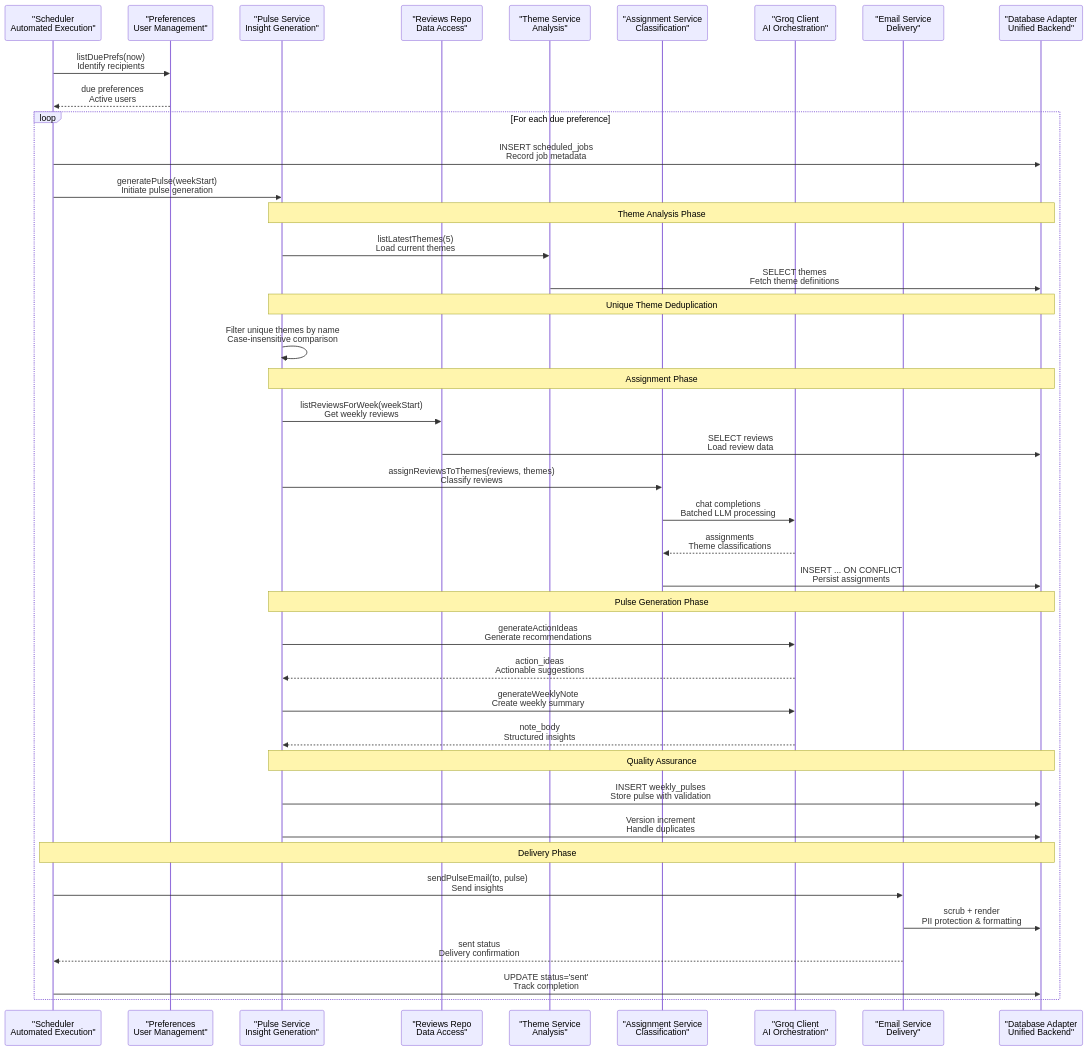
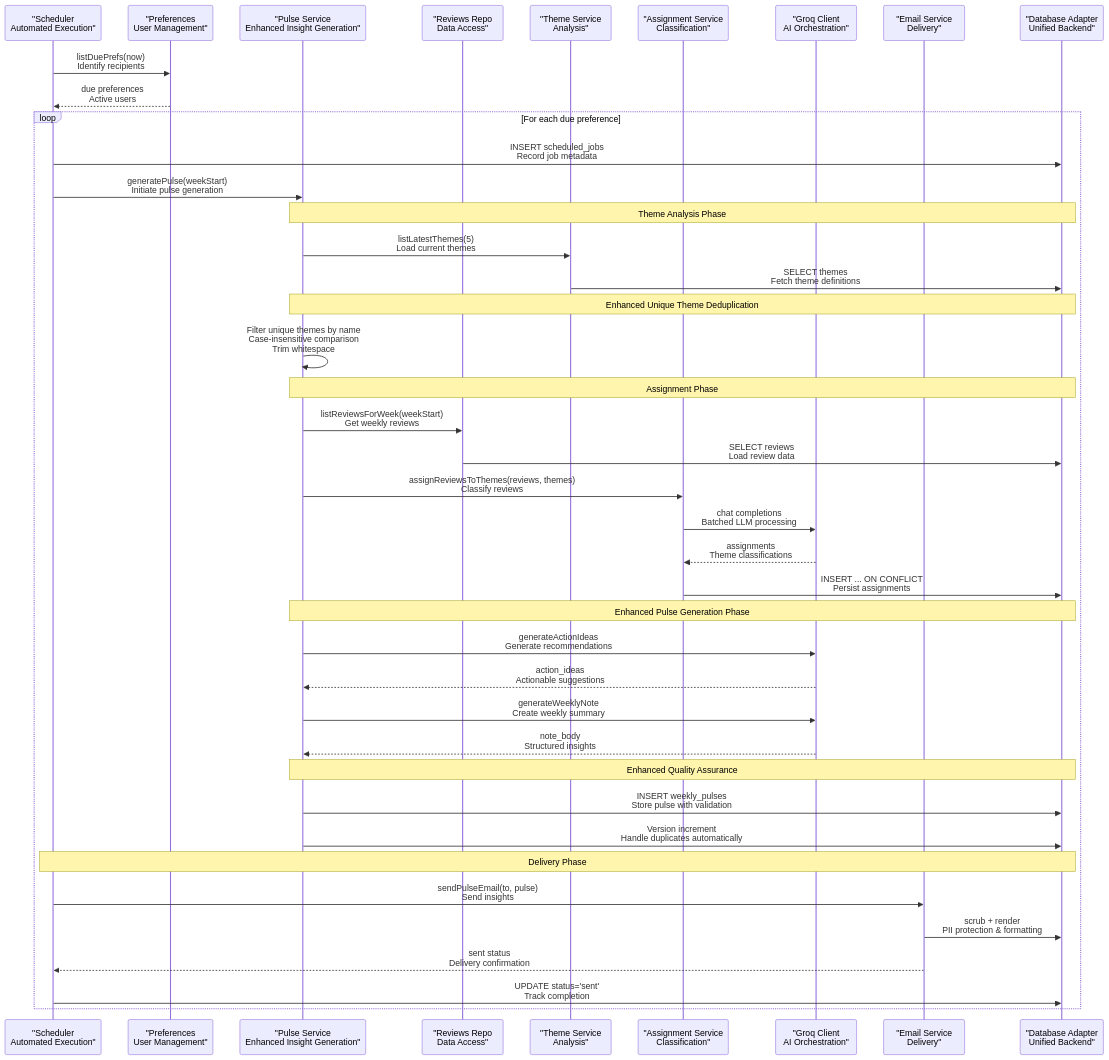
The second of 13 diagrams in .qoder/repowiki/en/content/Phase 2_ Advanced Analytics & Automation/Weekly Pulse Generation.md (aravinthraj-ramalingam/Groww-App-Review-Insights-Analyzer-), drawn with Mermaid before and after one commit. The commit also changed other lines of this file and 4 other files, not shown here.

Commit message:
Improve theme generation with distinct categories and semantic deduplication

````diff
--- a/.qoder/repowiki/en/content/Phase 2_ Advanced Analytics & Automation/Weekly Pulse Generation.md
+++ b/.qoder/repowiki/en/content/Phase 2_ Advanced Analytics & Automation/Weekly Pulse Generation.md
@@ -177,43 +178,43 @@
 ```mermaid
 sequenceDiagram
 participant Cron as "Scheduler<br/>Automated Execution"
 participant Pref as "Preferences<br/>User Management"
-participant Gen as "Pulse Service<br/>Insight Generation"
+participant Gen as "Pulse Service<br/>Enhanced Insight Generation"
 participant Repo as "Reviews Repo<br/>Data Access"
 participant Theme as "Theme Service<br/>Analysis"
 participant Assign as "Assignment Service<br/>Classification"
 participant LLM as "Groq Client<br/>AI Orchestration"
 participant Mail as "Email Service<br/>Delivery"
 participant DB as "Database Adapter<br/>Unified Backend"
 Cron->>Pref : listDuePrefs(now)<br/>Identify recipients
 Pref-->>Cron : due preferences<br/>Active users
 loop For each due preference
 Cron->>DB : INSERT scheduled_jobs<br/>Record job metadata
 Cron->>Gen : generatePulse(weekStart)<br/>Initiate pulse generation
 Note over Gen,DB : Theme Analysis Phase
 Gen->>Theme : listLatestThemes(5)<br/>Load current themes
 Theme->>DB : SELECT themes<br/>Fetch theme definitions
-Note over Gen,DB : Unique Theme Deduplication
-Gen->>Gen : Filter unique themes by name<br/>Case-insensitive comparison
+Note over Gen,DB : Enhanced Unique Theme Deduplication
+Gen->>Gen : Filter unique themes by name<br/>Case-insensitive comparison<br/>Trim whitespace
 Note over Gen,DB : Assignment Phase
 Gen->>Repo : listReviewsForWeek(weekStart)<br/>Get weekly reviews
 Repo->>DB : SELECT reviews<br/>Load review data
 Gen->>Assign : assignReviewsToThemes(reviews, themes)<br/>Classify reviews
 Assign->>LLM : chat completions<br/>Batched LLM processing
 LLM-->>Assign : assignments<br/>Theme classifications
 Assign->>DB : INSERT ... ON CONFLICT<br/>Persist assignments
-Note over Gen,DB : Pulse Generation Phase
+Note over Gen,DB : Enhanced Pulse Generation Phase
 Gen->>LLM : generateActionIdeas<br/>Generate recommendations
 LLM-->>Gen : action_ideas<br/>Actionable suggestions
 Gen->>LLM : generateWeeklyNote<br/>Create weekly summary
 LLM-->>Gen : note_body<br/>Structured insights
-Note over Gen,DB : Quality Assurance
+Note over Gen,DB : Enhanced Quality Assurance
 Gen->>DB : INSERT weekly_pulses<br/>Store pulse with validation
-Gen->>DB : Version increment<br/>Handle duplicates
+Gen->>DB : Version increment<br/>Handle duplicates automatically
 Note over Cron,DB : Delivery Phase
 Cron->>Mail : sendPulseEmail(to, pulse)<br/>Send insights
 Mail->>DB : scrub + render<br/>PII protection & formatting
 Mail-->>Cron : sent status<br/>Delivery confirmation
 Cron->>DB : UPDATE status='sent'<br/>Track completion
 end
 ```
````
